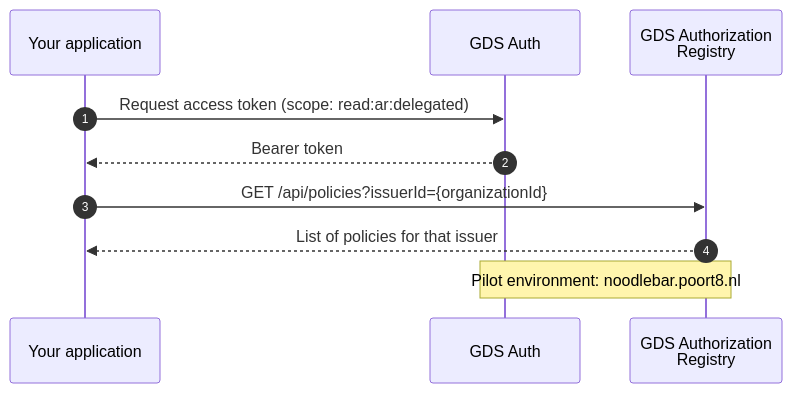
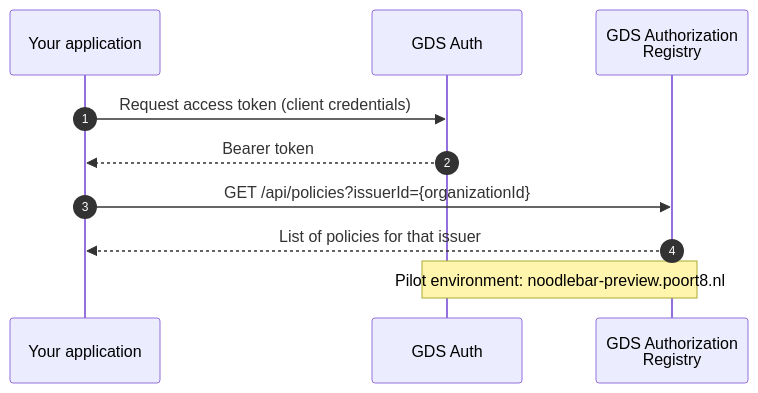
One commit to POORT8/Poort8.Docs changed the diagram in gds/portal-guide.md. Above: the diagram before and after it, drawn with Mermaid. The commit also changed other lines of this file, not shown here.

````diff
--- a/gds/portal-guide.md
+++ b/gds/portal-guide.md
@@ -12,14 +12,14 @@
 ```mermaid
 sequenceDiagram
     autonumber
     participant Client as Your application
     participant Auth as GDS Auth
     participant AR as GDS Authorization<br/>Registry
 
-    Client->>Auth: Request access token (scope: read:ar:delegated)
+    Client->>Auth: Request access token (client credentials)
     Auth-->>Client: Bearer token
     Client->>AR: GET /api/policies?issuerId={organizationId}
     AR-->>Client: List of policies for that issuer
 
-    note over Auth,AR: Pilot environment: noodlebar.poort8.nl
+    note over Auth,AR: Pilot environment: noodlebar-preview.poort8.nl
 ```
````
